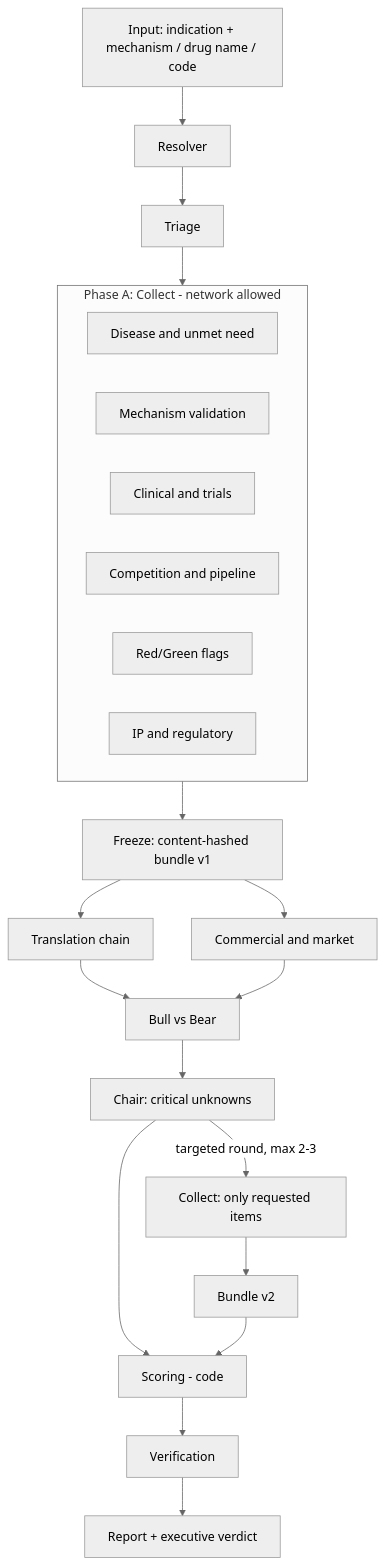
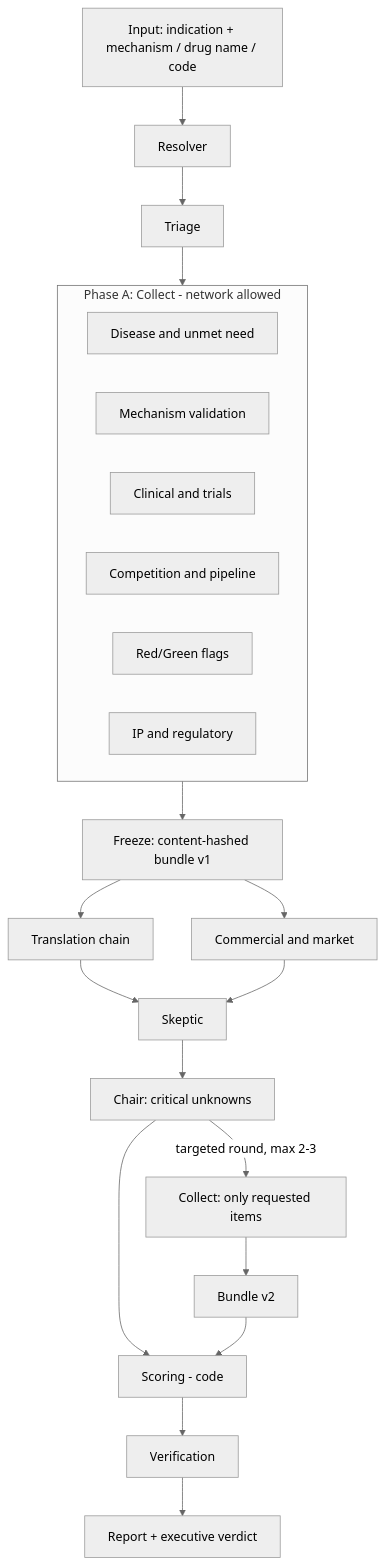
Before and after one commit to Dashulya-coder/BioVerdict: the diagram in docs/architecture.md, drawn with Mermaid (neutral theme). The commit also changed other lines of this file and 13 other files, not shown here.

````diff
--- a/docs/architecture.md
+++ b/docs/architecture.md
@@ -21,26 +21,26 @@
 ```mermaid
 flowchart TD
   IN[Input: indication + mechanism / drug name / code] --> RES[Resolver]
   RES --> TRI[Triage]
   TRI --> COL
   subgraph COL[Phase A: Collect - network allowed]
     direction LR
     A1[Disease and unmet need]
     A2[Mechanism validation]
     A3[Clinical and trials]
     A4[Competition and pipeline]
     A5[Red/Green flags]
     A6[IP and regulatory]
   end
   COL --> FRZ[Freeze: content-hashed bundle v1]
   FRZ --> B1[Translation chain]
   FRZ --> B2[Commercial and market]
-  B1 --> BB[Bull vs Bear]
+  B1 --> BB[Skeptic]
   B2 --> BB
   BB --> CH[Chair: critical unknowns]
   CH -- targeted round, max 2-3 --> COL2[Collect: only requested items] --> FRZ2[Bundle v2]
   CH --> SC[Scoring - code]
   FRZ2 --> SC
   SC --> VER[Verification]
   VER --> REP[Report + executive verdict]
 ```
````
